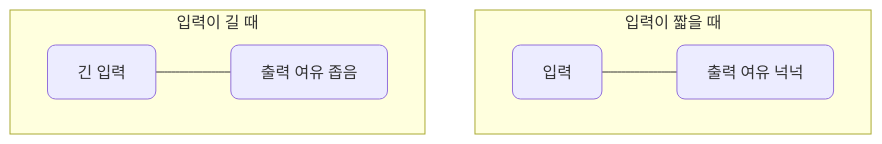
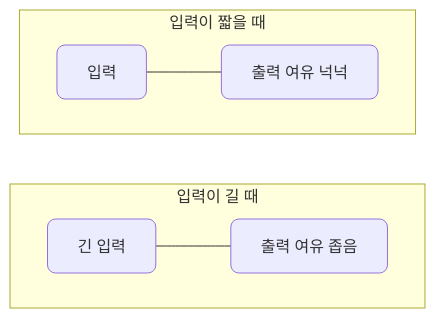
Before and after one commit to CodeCompose7/ai_service_engineering: the ninth of 16 diagrams in docs/section1/lec02/README.md, drawn with Mermaid. The commit also changed other lines of this file, not shown here.

First line of the commit message:
lec02: 비교용 mermaid subgraph를 세로 배치로 변경

````diff
--- a/docs/section1/lec02/README.md
+++ b/docs/section1/lec02/README.md
@@ -161,12 +163,13 @@
 ```mermaid
 flowchart TB
   subgraph A["입력이 짧을 때"]
     direction LR
     AI["입력"] --- AO["출력 여유 넉넉"]
   end
   subgraph B["입력이 길 때"]
     direction LR
     BI["긴 입력"] --- BO["출력 여유 좁음"]
   end
+  A ~~~ B
   classDef default rx:8,ry:8;
 ```
````
